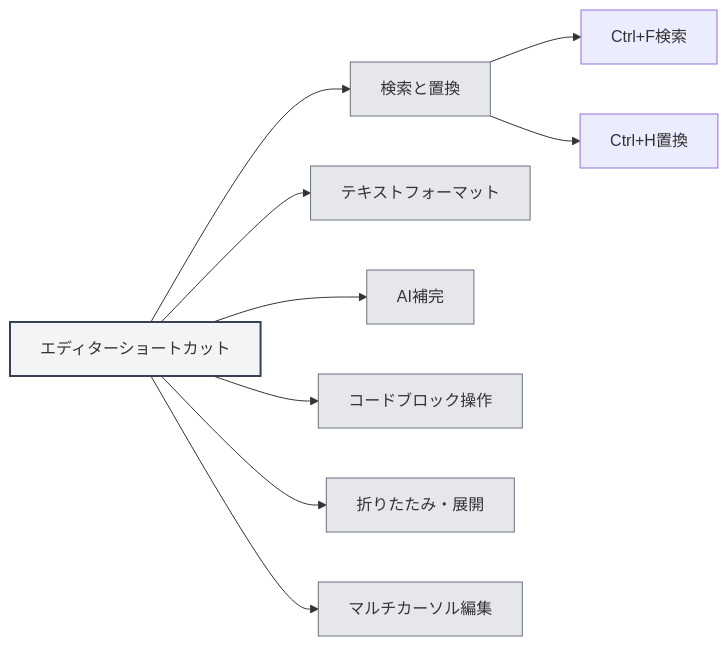
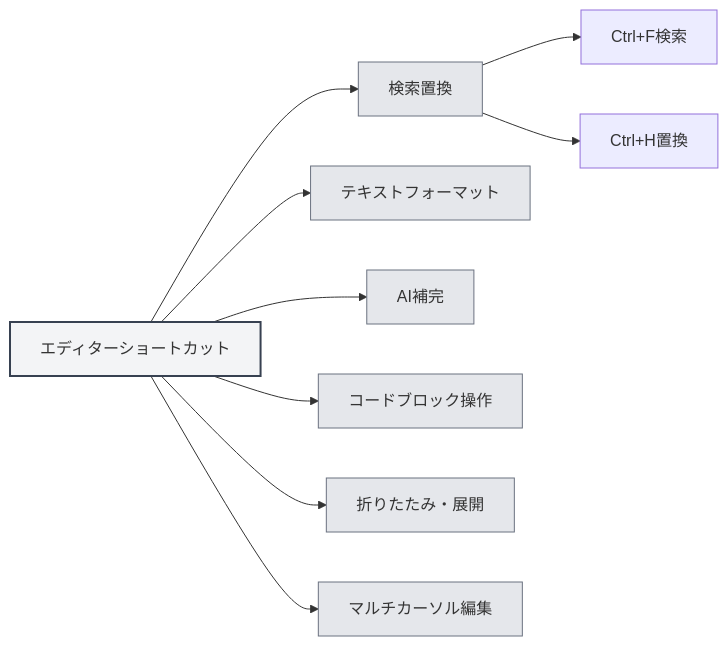
The diagram in meta-doc/src/renderer/src/manuals/ja_JP/shortcuts/editor.md (JaredYe04/MetaDoc), drawn with Mermaid before and after one commit. The commit also changed other lines of this file and 35 other files, not shown here.

````diff
--- a/meta-doc/src/renderer/src/manuals/ja_JP/shortcuts/editor.md
+++ b/meta-doc/src/renderer/src/manuals/ja_JP/shortcuts/editor.md
@@ -27,18 +27,18 @@
 ```mermaid
 graph LR
-    A[エディターショートカット] --> B[検索と置換]
+    A[エディターショートカット] --> B[検索置換]
     A --> C[テキストフォーマット]
     A --> D[AI補完]
     A --> E[コードブロック操作]
     A --> F[折りたたみ・展開]
     A --> G[マルチカーソル編集]
     B --> H[Ctrl+F検索]
     B --> I[Ctrl+H置換]
     style A fill:#f3f4f6,stroke:#374151,stroke-width:2px
     style B fill:#e5e7eb,stroke:#6b7280
     style C fill:#e5e7eb,stroke:#6b7280
     style D fill:#e5e7eb,stroke:#6b7280
     style E fill:#e5e7eb,stroke:#6b7280
     style F fill:#e5e7eb,stroke:#6b7280
     style G fill:#e5e7eb,stroke:#6b7280
 ```
````
